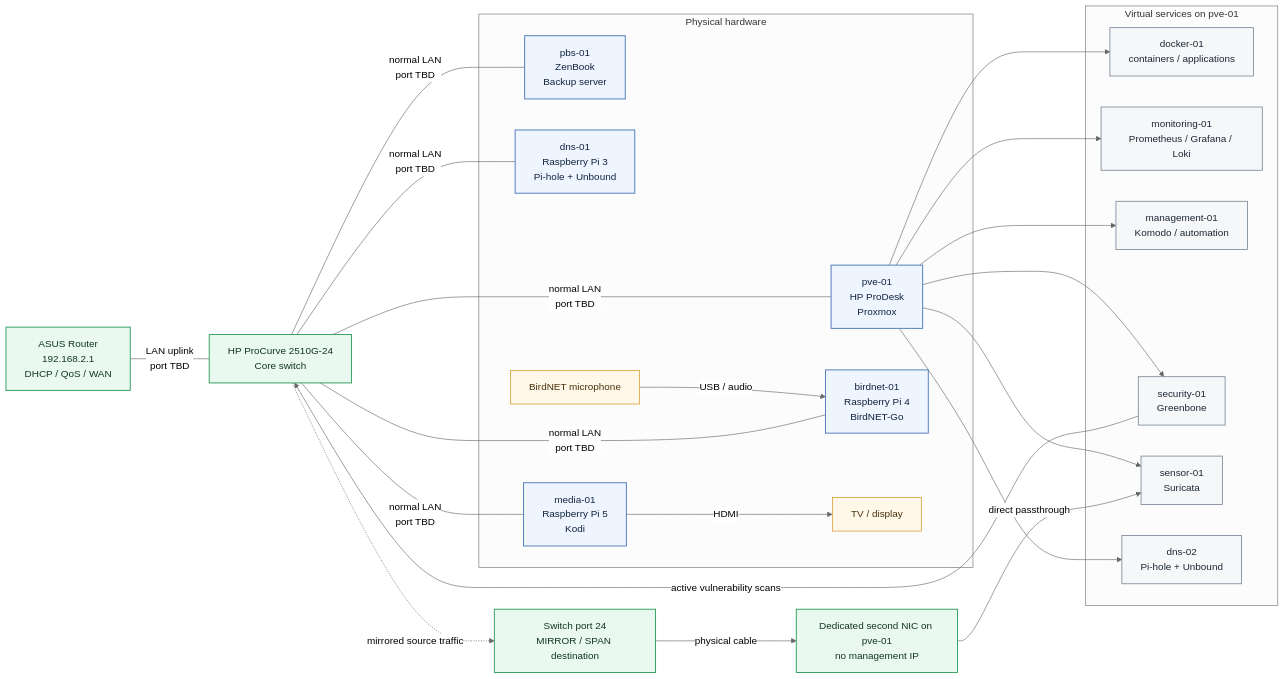
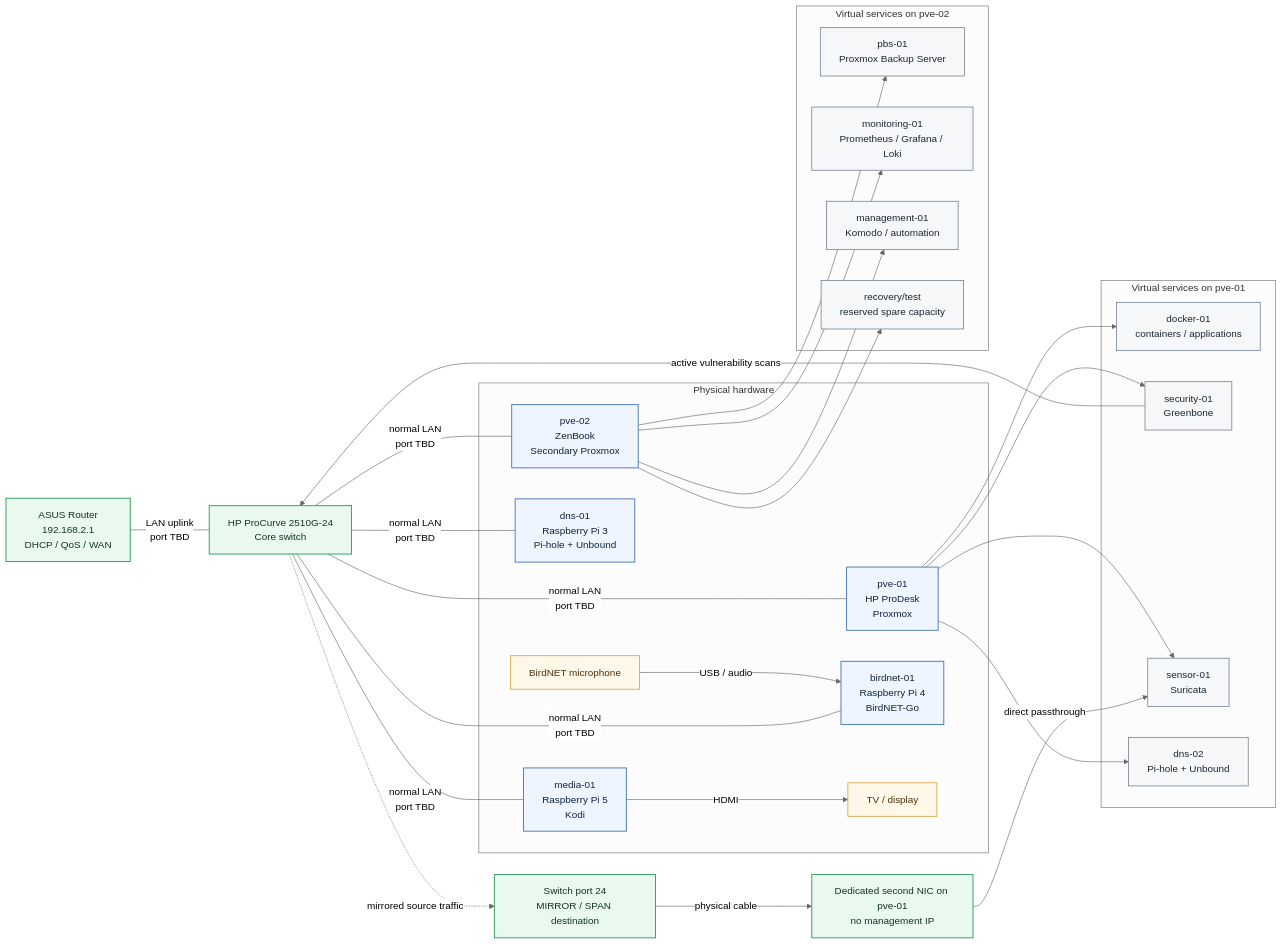
The diagram in docs/architecture/PROPOSED-LAYOUT.md (jrwroberts1976/homelab-platform), drawn with Mermaid (neutral theme) before and after one commit. The commit also changed other lines of this file, not shown here.

Commit message:
Split target workloads across pve-01 and pve-02

````diff
--- a/docs/architecture/PROPOSED-LAYOUT.md
+++ b/docs/architecture/PROPOSED-LAYOUT.md
@@ -5,56 +5,63 @@
 ```mermaid
 flowchart LR
   classDef physical fill:#eef5ff,stroke:#4a78b8,stroke-width:1.5px,color:#12233f
   classDef vm fill:#f6f7f9,stroke:#6d7b8c,stroke-width:1.2px,color:#1b2733
   classDef network fill:#eaf9ef,stroke:#2d9d5b,stroke-width:1.5px,color:#12351f
   classDef peripheral fill:#fff7e8,stroke:#d79a2b,stroke-width:1.2px,color:#49320d
 
   R["ASUS Router<br/>192.168.2.1<br/>DHCP / QoS / WAN"]:::network
   SW["HP ProCurve 2510G-24<br/>Core switch"]:::network
 
   R ---|"LAN uplink<br/>port TBD"| SW
 
   subgraph PHYS["Physical hardware"]
     PVE["pve-01<br/>HP ProDesk<br/>Proxmox"]:::physical
-    PBS["pbs-01<br/>ZenBook<br/>Backup server"]:::physical
+    PVE2["pve-02<br/>ZenBook<br/>Secondary Proxmox"]:::physical
     DNS1["dns-01<br/>Raspberry Pi 3<br/>Pi-hole + Unbound"]:::physical
     BIRD["birdnet-01<br/>Raspberry Pi 4<br/>BirdNET-Go"]:::physical
     MEDIA["media-01<br/>Raspberry Pi 5<br/>Kodi"]:::physical
     MIC["BirdNET microphone"]:::peripheral
     TV["TV / display"]:::peripheral
 
     MIC -->|"USB / audio"| BIRD
     MEDIA -->|"HDMI"| TV
   end
 
   SW ---|"normal LAN<br/>port TBD"| PVE
-  SW ---|"normal LAN<br/>port TBD"| PBS
+  SW ---|"normal LAN<br/>port TBD"| PVE2
   SW ---|"normal LAN<br/>port TBD"| DNS1
   SW ---|"normal LAN<br/>port TBD"| BIRD
   SW ---|"normal LAN<br/>port TBD"| MEDIA
 
-  subgraph VMS["Virtual services on pve-01"]
+  subgraph VMS1["Virtual services on pve-01"]
     DOCKER["docker-01<br/>containers / applications"]:::vm
-    MON["monitoring-01<br/>Prometheus / Grafana / Loki"]:::vm
-    MGMT["management-01<br/>Komodo / automation"]:::vm
     SEC["security-01<br/>Greenbone"]:::vm
     SENSOR["sensor-01<br/>Suricata"]:::vm
     DNS2["dns-02<br/>Pi-hole + Unbound"]:::vm
   end
 
+  subgraph VMS2["Virtual services on pve-02"]
+    PBS["pbs-01<br/>Proxmox Backup Server"]:::vm
+    MON["monitoring-01<br/>Prometheus / Grafana / Loki"]:::vm
+    MGMT["management-01<br/>Komodo / automation"]:::vm
+    REC["recovery/test<br/>reserved spare capacity"]:::vm
+  end
+
   PVE --> DOCKER
-  PVE --> MON
-  PVE --> MGMT
   PVE --> SEC
   PVE --> SENSOR
   PVE --> DNS2
+  PVE2 --> PBS
+  PVE2 --> MON
+  PVE2 --> MGMT
+  PVE2 --> REC
 
   SPAN["Switch port 24<br/>MIRROR / SPAN destination"]:::network
   CAP["Dedicated second NIC on pve-01<br/>no management IP"]:::network
 
   SW -. "mirrored source traffic" .-> SPAN
   SPAN -->|"physical cable"| CAP
   CAP -->|"direct passthrough"| SENSOR
 
   SEC -->|"active vulnerability scans"| SW
 ```
````
